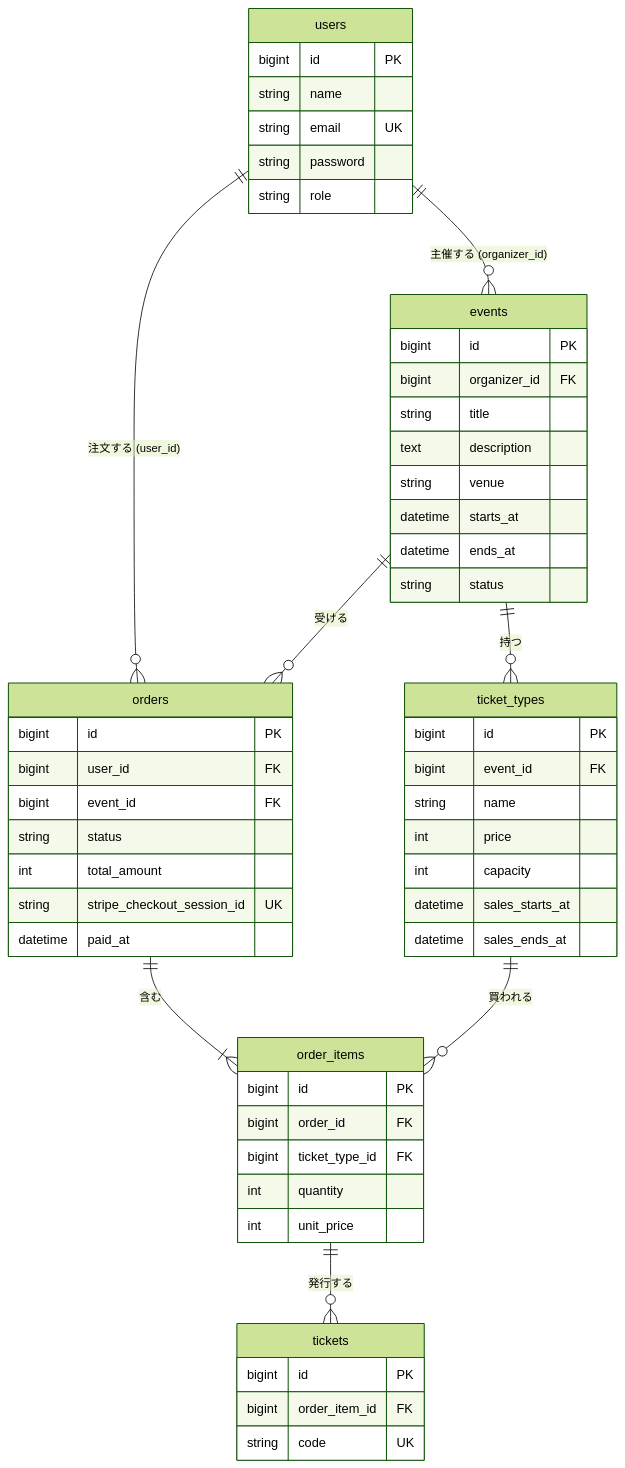
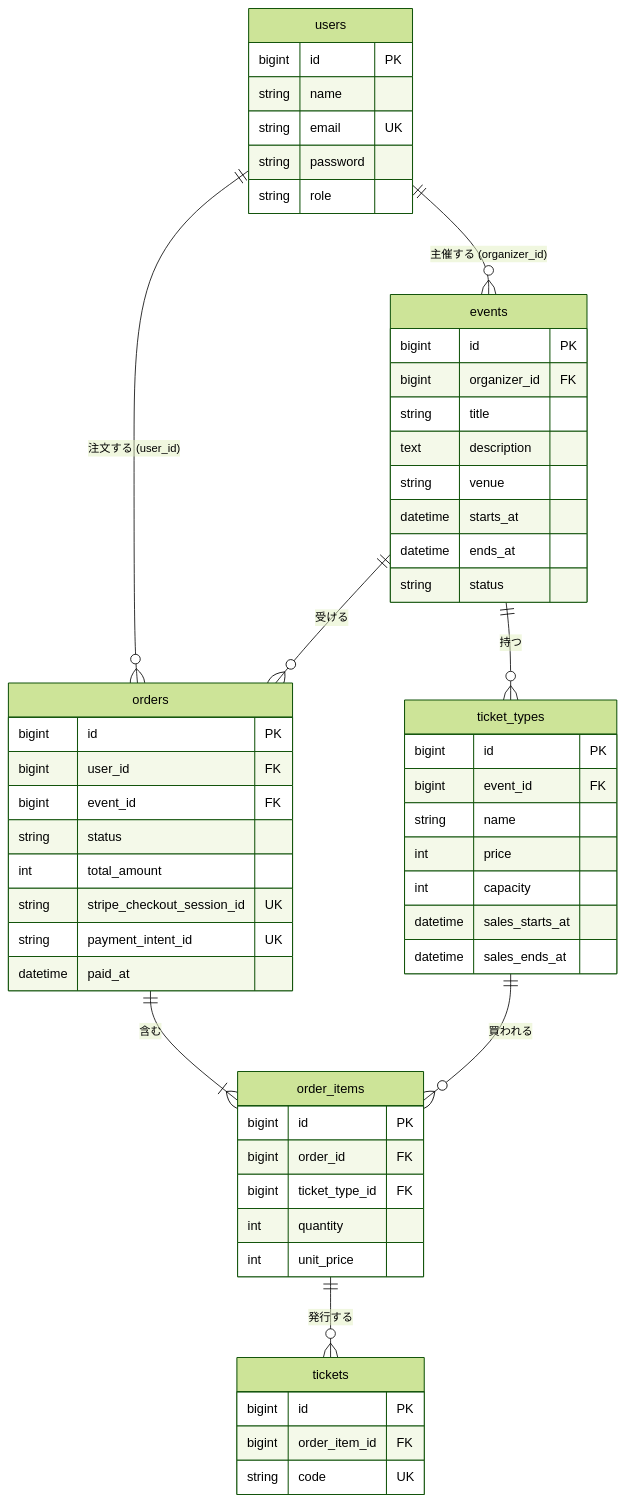
Before and after one commit to makiyok/ticket-app: the diagram in doc/design/database.md, drawn with Mermaid (forest theme). The commit also changed other lines of this file and 26 other files, not shown here.

````diff
--- a/doc/design/database.md
+++ b/doc/design/database.md
@@ -8,58 +8,59 @@
 ```mermaid
 erDiagram
     users ||--o{ events : "主催する (organizer_id)"
     users ||--o{ orders : "注文する (user_id)"
     events ||--o{ ticket_types : "持つ"
     events ||--o{ orders : "受ける"
     orders ||--|{ order_items : "含む"
     ticket_types ||--o{ order_items : "買われる"
     order_items ||--o{ tickets : "発行する"
 
     users {
         bigint id PK
         string name
         string email UK
         string password
         string role
     }
     events {
         bigint id PK
         bigint organizer_id FK
         string title
         text description
         string venue
         datetime starts_at
         datetime ends_at
         string status
     }
     ticket_types {
         bigint id PK
         bigint event_id FK
         string name
         int price
         int capacity
         datetime sales_starts_at
         datetime sales_ends_at
     }
     orders {
         bigint id PK
         bigint user_id FK
         bigint event_id FK
         string status
         int total_amount
         string stripe_checkout_session_id UK
+        string payment_intent_id UK
         datetime paid_at
     }
     order_items {
         bigint id PK
         bigint order_id FK
         bigint ticket_type_id FK
         int quantity
         int unit_price
     }
     tickets {
         bigint id PK
         bigint order_item_id FK
         string code UK
     }
 ```
````
